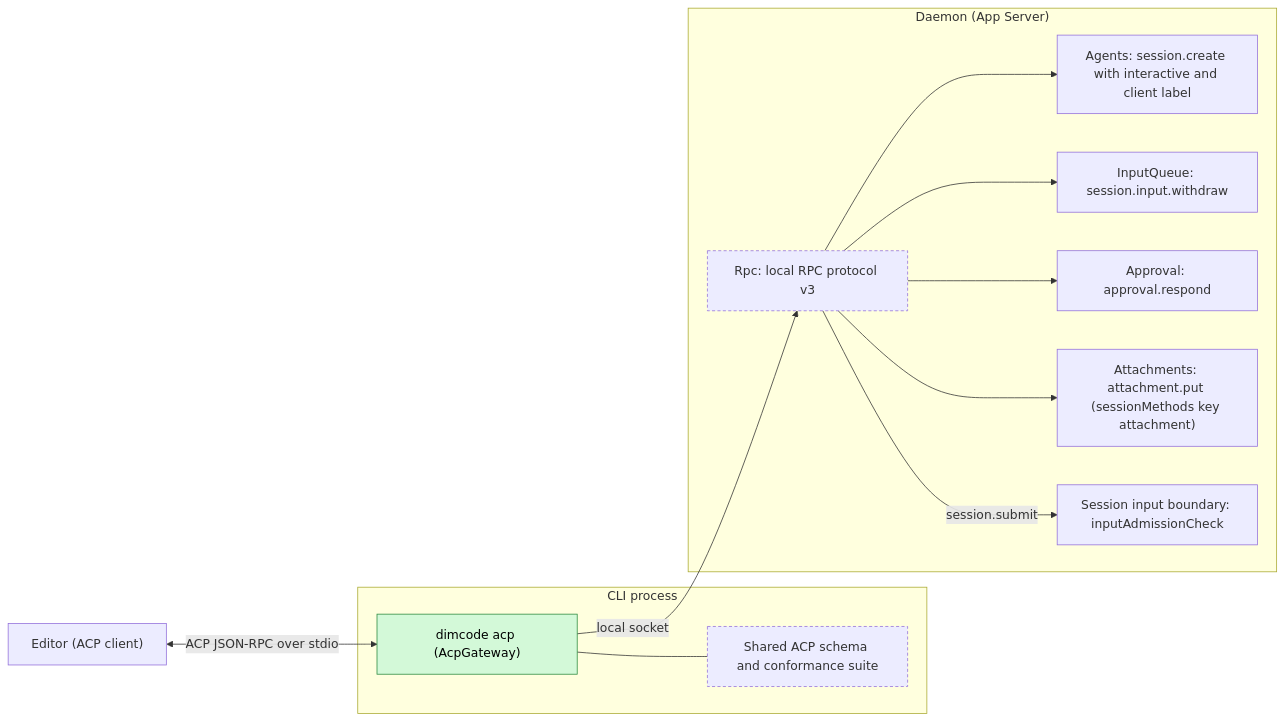
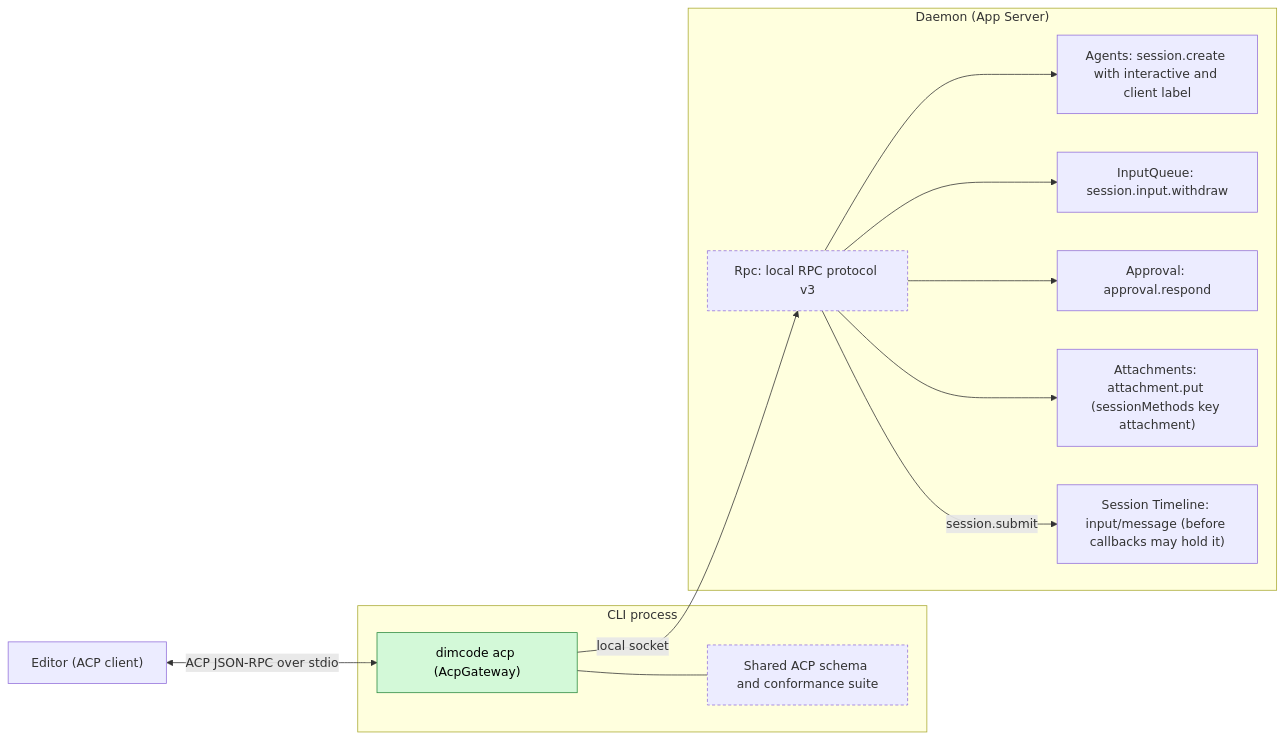
The first of 5 diagrams in docs/design/plugins/AcpGateway.md (CoutinhoTTS/dim-agent), drawn with Mermaid before and after one commit. The commit also changed other lines of this file and 18 other files, not shown here.

First line of the commit message:
docs(design): hooks via asynchronous before callbacks and withdraw/delete input events

````diff
--- a/docs/design/plugins/AcpGateway.md
+++ b/docs/design/plugins/AcpGateway.md
@@ -9,26 +9,26 @@
 ```mermaid
 flowchart LR
   classDef new fill:#d3f9d8,stroke:#2b8a3e,color:#000
   classDef contract stroke-dasharray:4 3
   Editor["Editor (ACP client)"]
   subgraph cli["CLI process"]
     GW["dimcode acp (AcpGateway)"]:::new
     Schema["Shared ACP schema and conformance suite"]:::contract
   end
   subgraph daemon["Daemon (App Server)"]
     Rpc["Rpc: local RPC protocol v3"]:::contract
     Agents["Agents: session.create with interactive and client label"]
     IQ["InputQueue: session.input.withdraw"]
     Appr["Approval: approval.respond"]
     Att["Attachments: attachment.put (sessionMethods key attachment)"]
-    IA["Session input boundary: inputAdmissionCheck"]
+    TLD["Session Timeline: input/message (before callbacks may hold it)"]
   end
   Editor <-->|"ACP JSON-RPC over stdio"| GW
   GW --- Schema
   GW -->|"local socket"| Rpc
   Rpc --> Agents
   Rpc --> IQ
   Rpc --> Appr
   Rpc --> Att
-  Rpc -->|"session.submit"| IA
+  Rpc -->|"session.submit"| TLD
 ```
````
